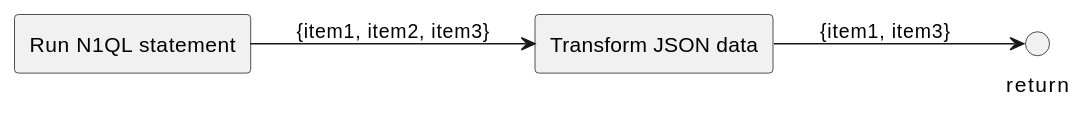
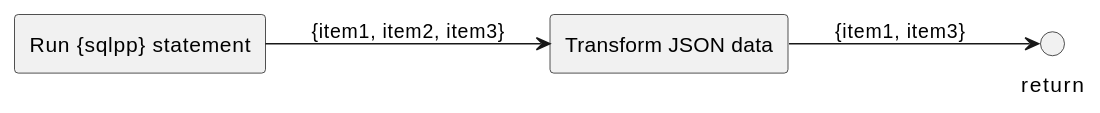
Before and after one commit to couchbase/docs-server: the third of 3 diagrams in modules/javascript-udfs/partials/diagrams.adoc, drawn with PlantUML. The commit also changed other lines of this file and 11 other files, not shown here.

```diff
--- a/modules/javascript-udfs/partials/diagrams.adoc
+++ b/modules/javascript-udfs/partials/diagrams.adoc
@@ -63,13 +63,13 @@
-[plantuml]
+[plantuml, subs=attributes]
 ....
 @startuml
 
 skinparam componentStyle rectangle
 
 left to right direction
 
-[Run N1QL statement] --> [Transform JSON data] : {item1, item2, item3}
+[Run {sqlpp} statement] --> [Transform JSON data] : {item1, item2, item3}
 [Transform JSON data] -->  return  : {item1, item3}
 
 @enduml
 ....
```
